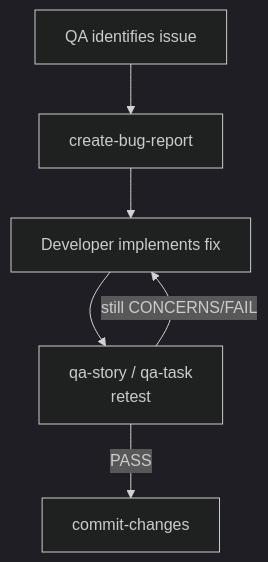
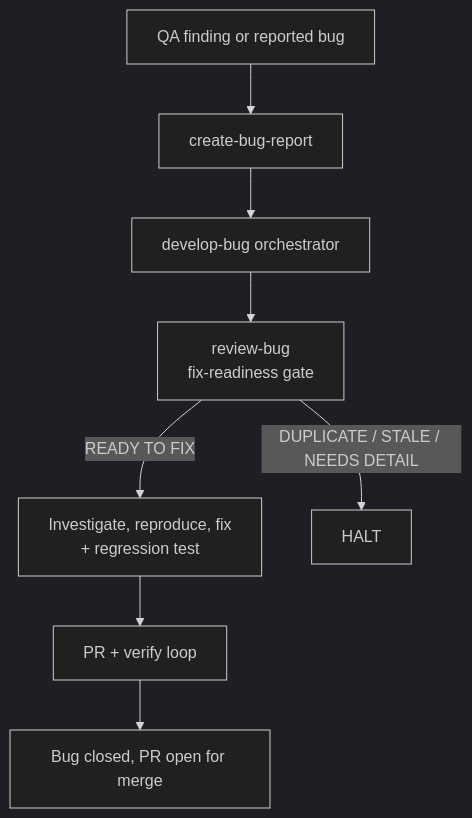
The diagram in docs/runbooks/bug-fix.md (Gamaroff/agent-skills), drawn with Mermaid (dark theme) before and after one commit. The commit also changed other lines of this file and 6 other files, not shown here.

First line of the commit message:
docs(task.107): rewrite the bug-fix runbook against the pipeline that exists (#386)

````diff
--- a/docs/runbooks/bug-fix.md
+++ b/docs/runbooks/bug-fix.md
@@ -28,8 +53,10 @@
 ```mermaid
 flowchart TD
-    A[QA identifies issue] --> B[create-bug-report]
-    B --> C[Developer implements fix]
-    C --> D[qa-story / qa-task<br/>retest]
-    D -->|PASS| E[commit-changes]
-    D -->|still CONCERNS/FAIL| C
+    A[QA finding or reported bug] --> B[create-bug-report]
+    B --> C[develop-bug orchestrator]
+    C --> D[review-bug<br/>fix-readiness gate]
+    D -->|READY TO FIX| E[Investigate, reproduce, fix<br/>+ regression test]
+    D -->|DUPLICATE / STALE / NEEDS DETAIL| H[HALT]
+    E --> F[PR + verify loop]
+    F --> G[Bug closed, PR open for merge]
 ```
````
